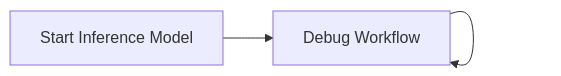
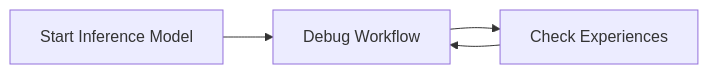
One commit to modelscope/Trinity-RFT changed the second of 2 diagrams in en/main/_sources/tutorial/develop_workflow.md. Above: the diagram before and after it, drawn with Mermaid. The commit also changed other lines of this file and 2017 other files, not shown here.

````diff
--- a/en/main/_sources/tutorial/develop_workflow.md
+++ b/en/main/_sources/tutorial/develop_workflow.md
@@ -499,5 +499,6 @@
 ```{mermaid}
 flowchart LR
     A[Start Inference Model] --> B[Debug Workflow]
-    B --> B
+    B --> C[Check Experiences]
+    C --> B
 ```
````
